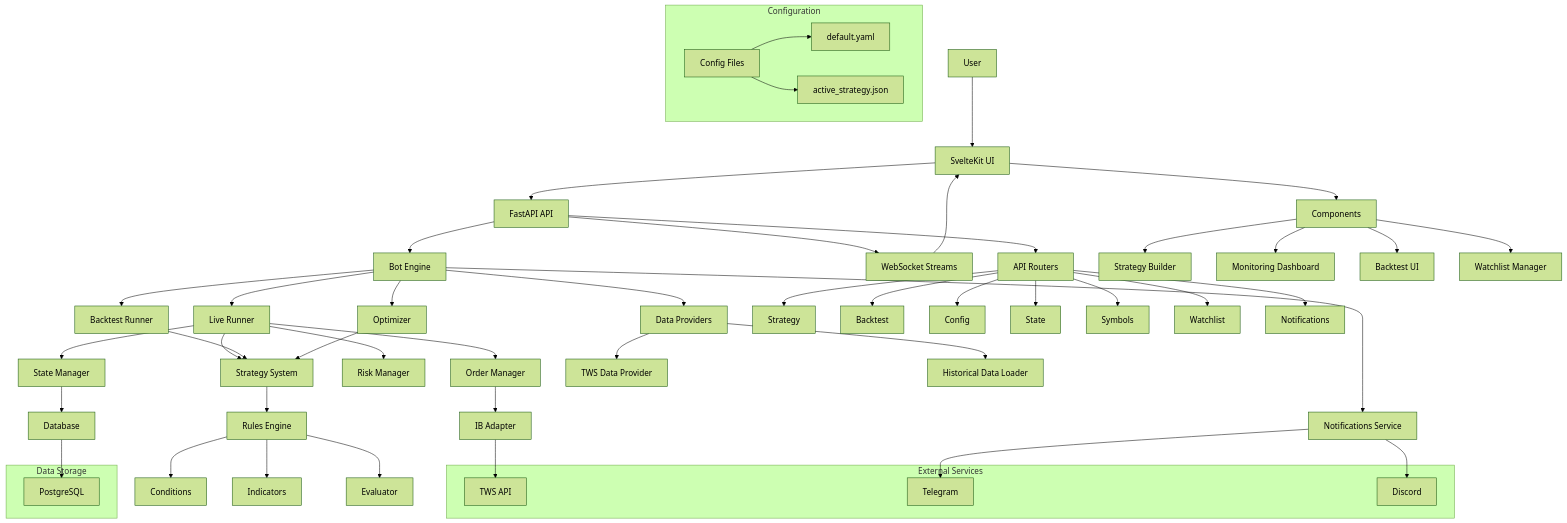
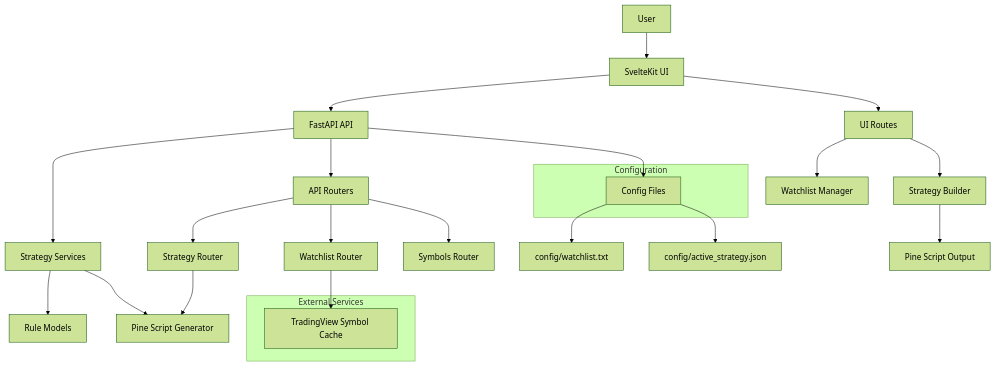
The diagram in architecture.md (Boostao/tws_tradingbot), drawn with Mermaid (forest theme) before and after one commit. The commit also changed 74 other files, not shown here.

````diff
--- a/architecture.md
+++ b/architecture.md
@@ -5,70 +5,34 @@
 ```mermaid
 graph TD
     A[User] --> B[SvelteKit UI]
     B --> C[FastAPI API]
-    C --> D[Bot Engine]
-    C --> E[WebSocket Streams]
-    E --> B
+    C --> D[Strategy Services]
 
-    D --> F[Live Runner]
-    D --> G[Backtest Runner]
-    D --> H[Optimizer]
+    D --> I[Rule Models]
+    D --> J[Pine Script Generator]
 
-    F --> I[Strategy System]
-    G --> I
-    H --> I
+    C --> K[API Routers]
+    K --> L[Strategy Router]
+    K --> M[Watchlist Router]
+    K --> N[Symbols Router]
 
-    I --> J[Rules Engine]
-    J --> K[Conditions]
-    J --> L[Indicators]
-    J --> M[Evaluator]
+    B --> O[UI Routes]
+    O --> P[Watchlist Manager]
+    O --> Q[Strategy Builder]
+    Q --> R[Pine Script Output]
 
-    F --> N[Order Manager]
-    F --> O[Risk Manager]
-    F --> P[State Manager]
+    C --> S[Config Files]
+    S --> T[config/watchlist.txt]
+    S --> U[config/active_strategy.json]
 
-    N --> Q[IB Adapter]
-    Q --> R[TWS API]
-
-    P --> S[Database]
-    S --> T[PostgreSQL]
-
-    D --> V[Data Providers]
-    V --> W[TWS Data Provider]
-    V --> X[Historical Data Loader]
-
-    C --> Y[API Routers]
-    Y --> Z[Strategy]
-    Y --> AA[Backtest]
-    Y --> BB[Config]
-    Y --> CC[State]
-    Y --> DD[Symbols]
-    Y --> EE[Watchlist]
-    Y --> FF[Notifications]
-
-    B --> GG[Components]
-    GG --> HH[Strategy Builder]
-    GG --> II[Monitoring Dashboard]
-    GG --> JJ[Backtest UI]
-    GG --> KK[Watchlist Manager]
-
-    D --> LL[Notifications Service]
-    LL --> MM[Telegram]
-    LL --> NN[Discord]
+    M --> V[TradingView Symbol Cache]
+    L --> J
 
     subgraph "External Services"
-        R
-        MM
-        NN
-    end
-
-    subgraph "Data Storage"
-        T
+        V
     end
 
     subgraph "Configuration"
-        OO[Config Files]
-        OO --> PP[default.yaml]
-        OO --> QQ[active_strategy.json]
+        S
     end
 ```
````
